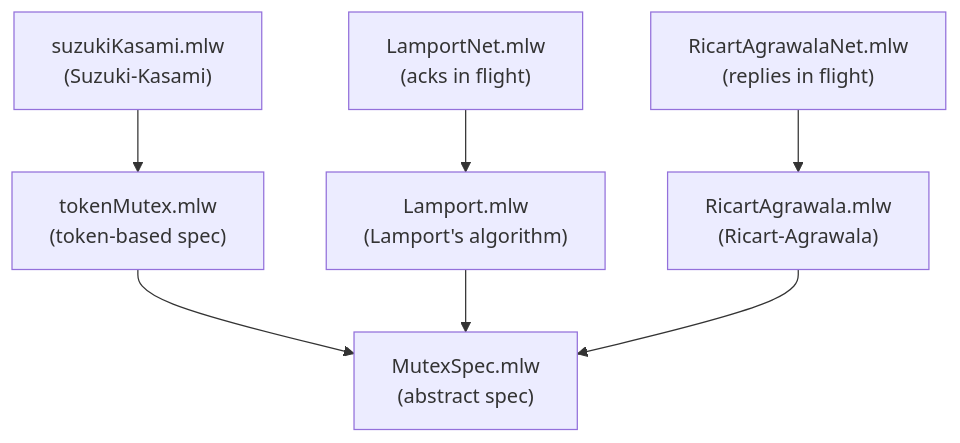
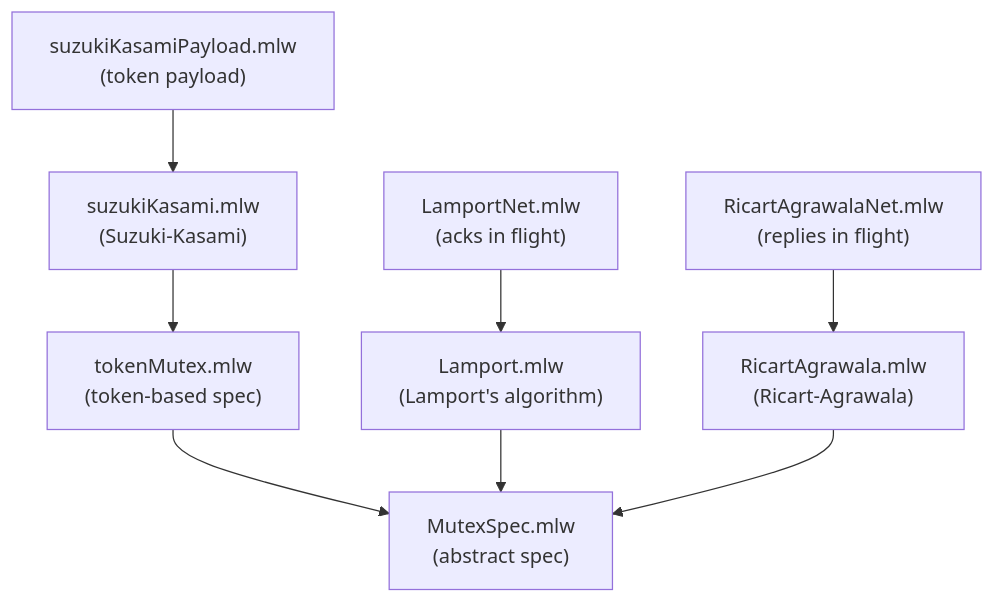
Before and after one commit to haslab/why3do-v2: the diagram in examples/mutualExclusionDistributed/README.md, drawn with Mermaid. The commit also changed other lines of this file and 4 other files, not shown here.

````diff
--- a/examples/mutualExclusionDistributed/README.md
+++ b/examples/mutualExclusionDistributed/README.md
@@ -40,17 +46,19 @@
 ```mermaid
 graph TD
     spec["MutexSpec.mlw<br/>(abstract spec)"]
     token["tokenMutex.mlw<br/>(token-based spec)"]
     lamport["Lamport.mlw<br/>(Lamport's algorithm)"]
     lamportnet["LamportNet.mlw<br/>(acks in flight)"]
     ricart["RicartAgrawala.mlw<br/>(Ricart-Agrawala)"]
     ricartnet["RicartAgrawalaNet.mlw<br/>(replies in flight)"]
     suzuki["suzukiKasami.mlw<br/>(Suzuki-Kasami)"]
+    payload["suzukiKasamiPayload.mlw<br/>(token payload)"]
 
     token --> spec
     lamport --> spec
     lamportnet --> lamport
     ricart --> spec
     ricartnet --> ricart
     suzuki --> token
+    payload --> suzuki
 ```
````
